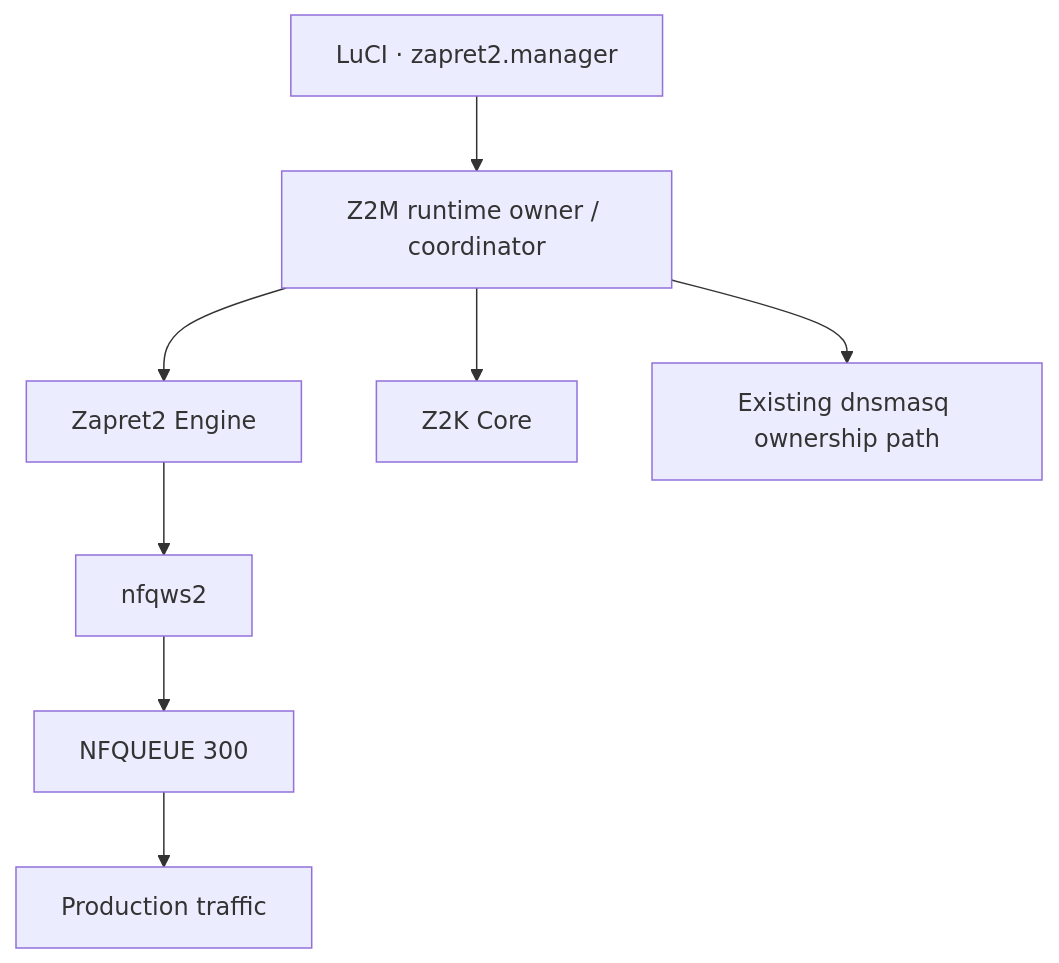
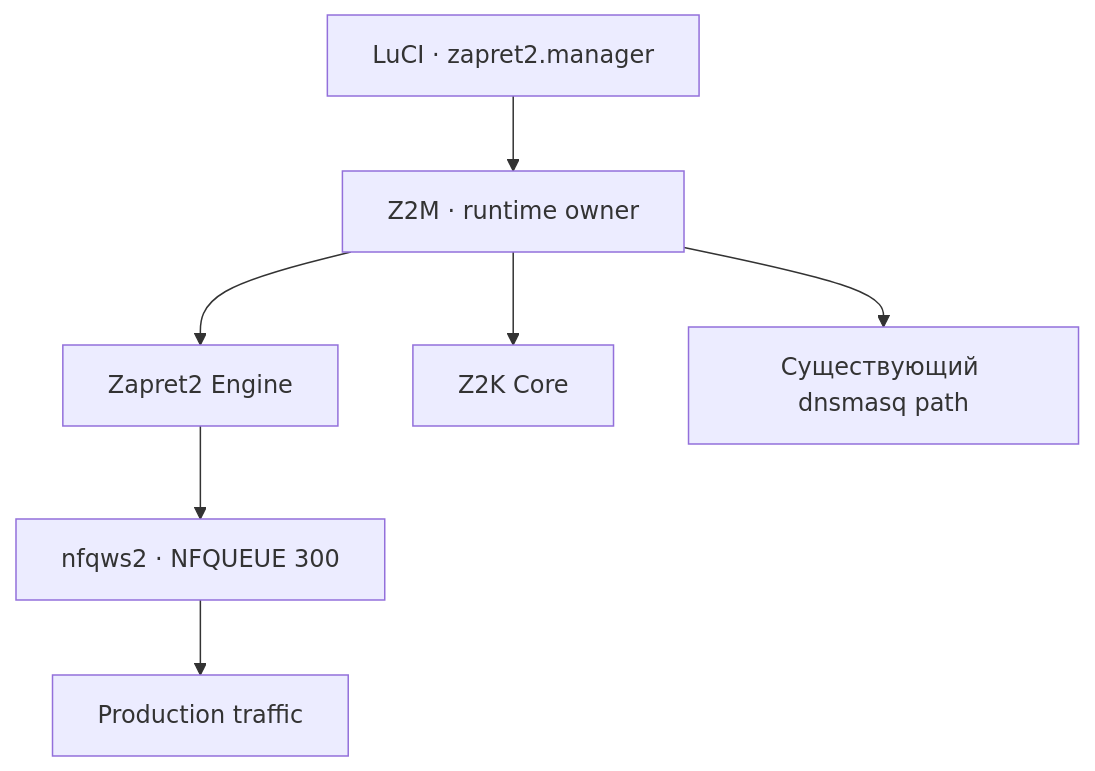
The second of 2 diagrams in README.md (t0fox/zapret2-manager), drawn with Mermaid before and after one commit. The commit also changed other lines of this file, not shown here.

````diff
--- a/README.md
+++ b/README.md
@@ -136,10 +164,9 @@
 ```mermaid
 flowchart TD
-    UI["LuCI · zapret2.manager"] --> Z2M["Z2M runtime owner / coordinator"]
+    UI["LuCI · zapret2.manager"] --> Z2M["Z2M · runtime owner"]
     Z2M --> ENGINE["Zapret2 Engine"]
     Z2M --> Z2K["Z2K Core"]
-    ENGINE --> NFQ["nfqws2"]
-    NFQ --> Q["NFQUEUE 300"]
-    Q --> TRAFFIC["Production traffic"]
-    Z2M --> DNS["Existing dnsmasq ownership path"]
+    ENGINE --> NFQ["nfqws2 · NFQUEUE 300"]
+    NFQ --> TRAFFIC["Production traffic"]
+    Z2M --> DNS["Существующий dnsmasq path"]
 ```
````
